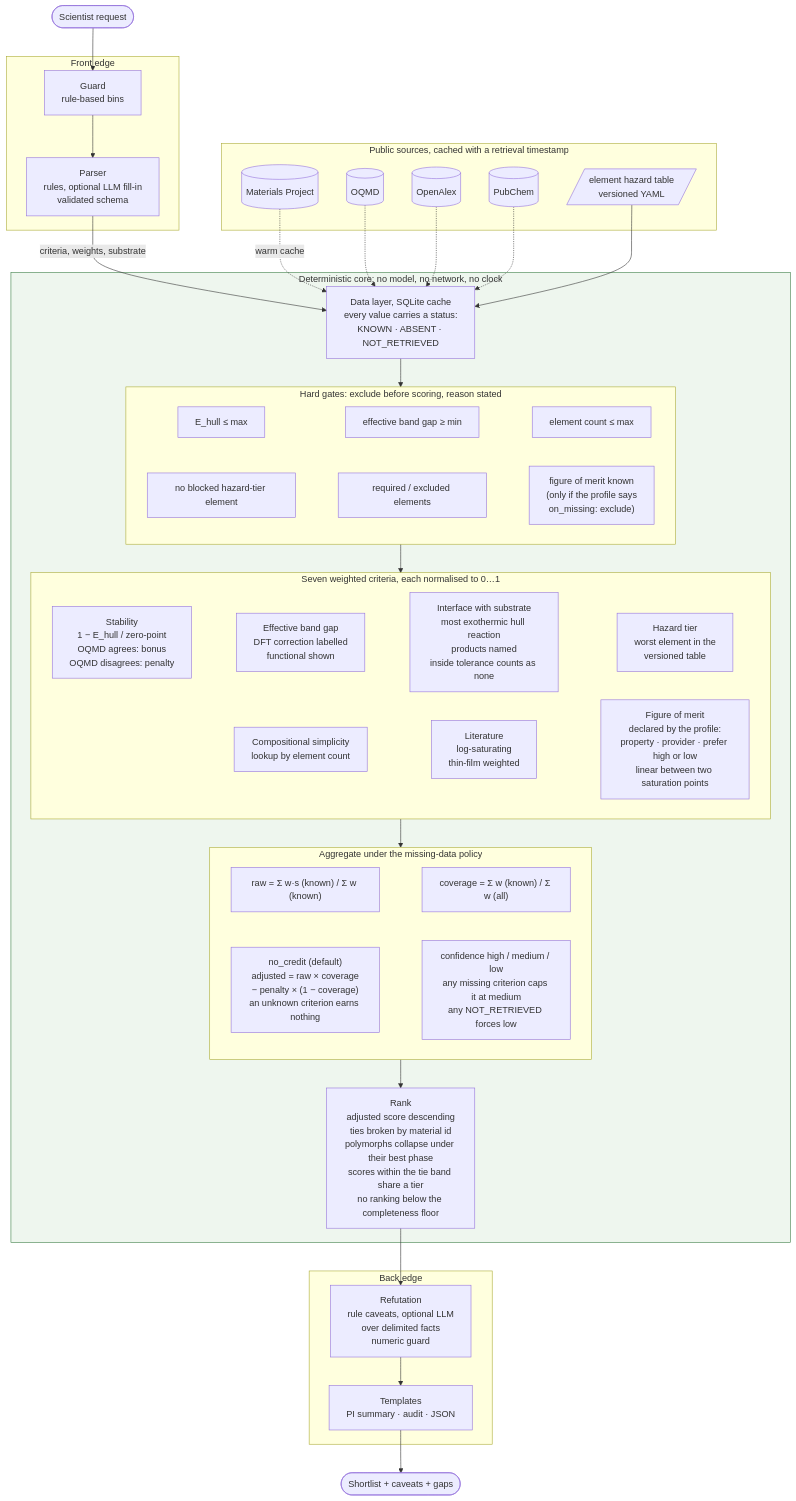
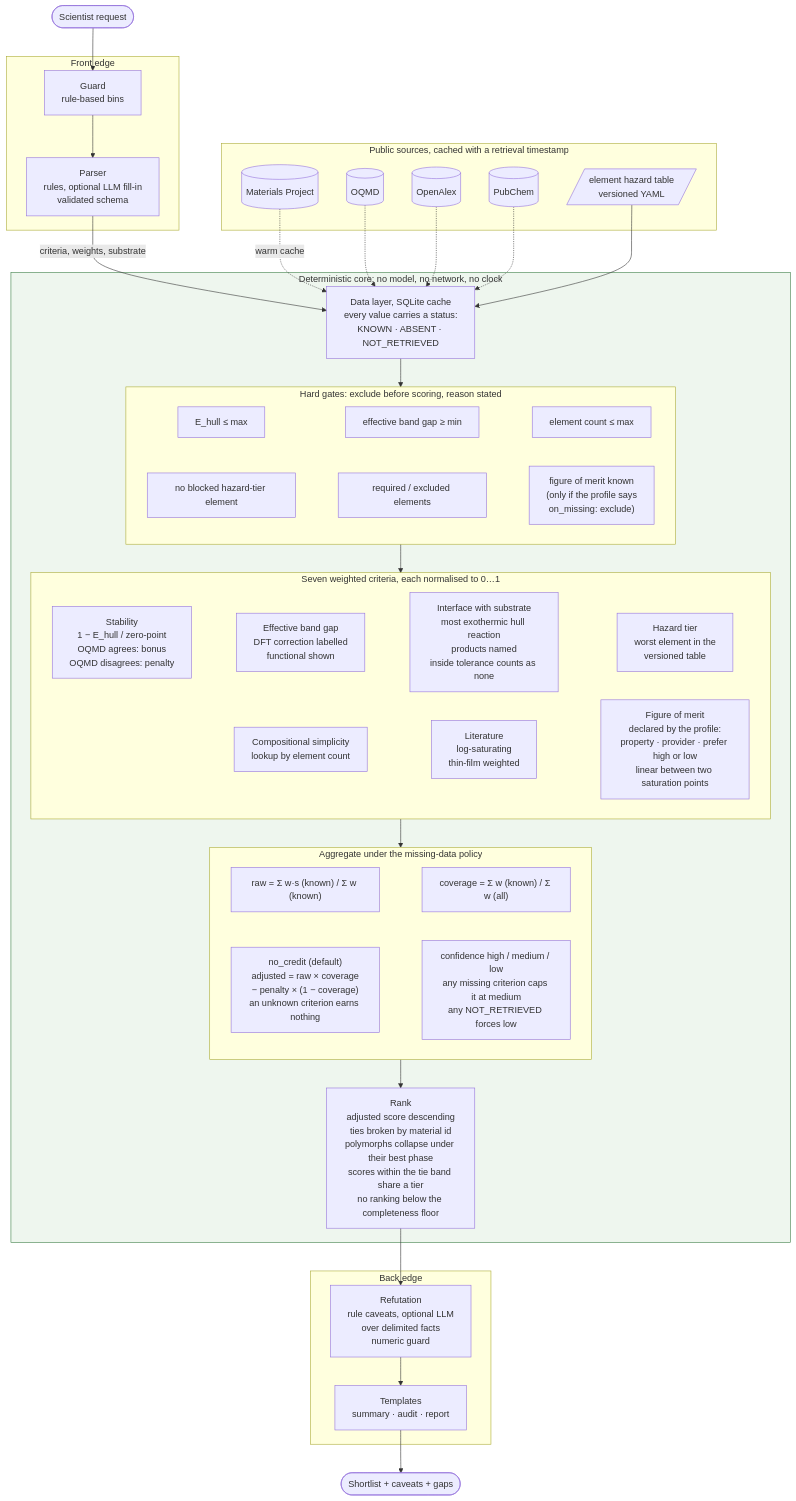
The diagram in docs/design-note.md (a-bissell/Oxbow), drawn with Mermaid before and after one commit. The commit also changed other lines of this file and 1 other file, not shown here.

````diff
--- a/docs/design-note.md
+++ b/docs/design-note.md
@@ -20,43 +20,43 @@
 ```mermaid
 flowchart TB
     REQ([Scientist request]) --> G
     subgraph EDGE_IN["Front edge"]
         G["Guard<br/>rule-based bins"] --> P["Parser<br/>rules, optional LLM fill-in<br/>validated schema"]
     end
     subgraph SRC["Public sources, cached with a retrieval timestamp"]
         MP[("Materials Project")]
         OQ[("OQMD")]
         OA[("OpenAlex")]
         PC[("PubChem")]
         HZ[/"element hazard table<br/>versioned YAML"/]
     end
     subgraph CORE["Deterministic core: no model, no network, no clock"]
         D["Data layer, SQLite cache<br/>every value carries a status:<br/>KNOWN · ABSENT · NOT_RETRIEVED"]
         subgraph GATES["Hard gates: exclude before scoring, reason stated"]
             G1["E_hull ≤ max"] ~~~ G2["effective band gap ≥ min"] ~~~ G3["element count ≤ max"]
             G4["no blocked hazard-tier element"] ~~~ G5["required / excluded elements"] ~~~ G6["figure of merit known<br/>(only if the profile says<br/>on_missing: exclude)"]
         end
         subgraph CRIT["Seven weighted criteria, each normalised to 0…1"]
             C1["Stability<br/>1 − E_hull / zero-point<br/>OQMD agrees: bonus<br/>OQMD disagrees: penalty"] ~~~ C2["Effective band gap<br/>DFT correction labelled<br/>functional shown"] ~~~ C3["Interface with substrate<br/>most exothermic hull reaction<br/>products named<br/>inside tolerance counts as none"] ~~~ C4["Hazard tier<br/>worst element in the<br/>versioned table"]
             C5["Compositional simplicity<br/>lookup by element count"] ~~~ C6["Literature<br/>log-saturating<br/>thin-film weighted"] ~~~ C7["Figure of merit<br/>declared by the profile:<br/>property · provider · prefer high or low<br/>linear between two saturation points"]
         end
         subgraph AGG["Aggregate under the missing-data policy"]
             A1["raw = Σ w·s (known) / Σ w (known)"] ~~~ A2["coverage = Σ w (known) / Σ w (all)"]
             A3["no_credit (default)<br/>adjusted = raw × coverage<br/>− penalty × (1 − coverage)<br/>an unknown criterion earns nothing"] ~~~ A4["confidence high / medium / low<br/>any missing criterion caps it at medium<br/>any NOT_RETRIEVED forces low"]
         end
         R["Rank<br/>adjusted score descending<br/>ties broken by material id<br/>polymorphs collapse under their best phase<br/>scores within the tie band share a tier<br/>no ranking below the completeness floor"]
         D --> GATES --> CRIT --> AGG --> R
     end
     subgraph EDGE_OUT["Back edge"]
-        F["Refutation<br/>rule caveats, optional LLM<br/>over delimited facts<br/>numeric guard"] --> T["Templates<br/>PI summary · audit · JSON"]
+        F["Refutation<br/>rule caveats, optional LLM<br/>over delimited facts<br/>numeric guard"] --> T["Templates<br/>summary · audit · report"]
     end
     P -->|"criteria, weights, substrate"| D
     MP -.warm cache.-> D
     OQ -.-> D
     OA -.-> D
     PC -.-> D
     HZ --> D
     R --> F
     T --> OUT([Shortlist + caveats + gaps])
     style CORE fill:#eef6ee,stroke:#3a7d44
 ```
````
